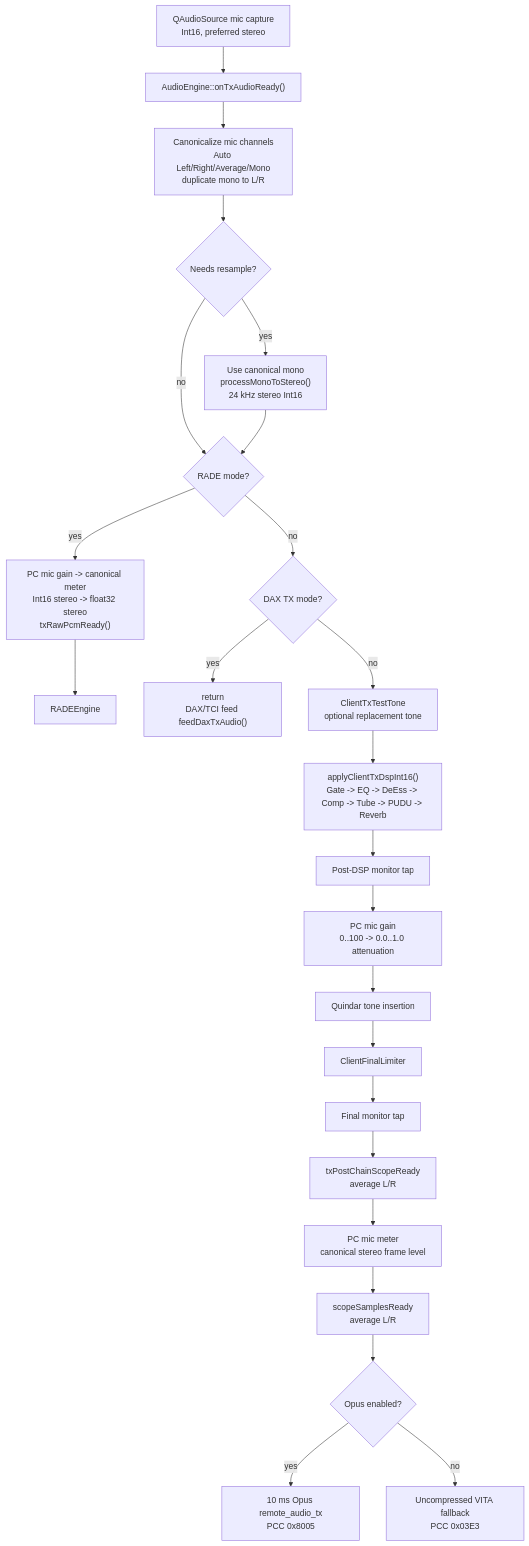
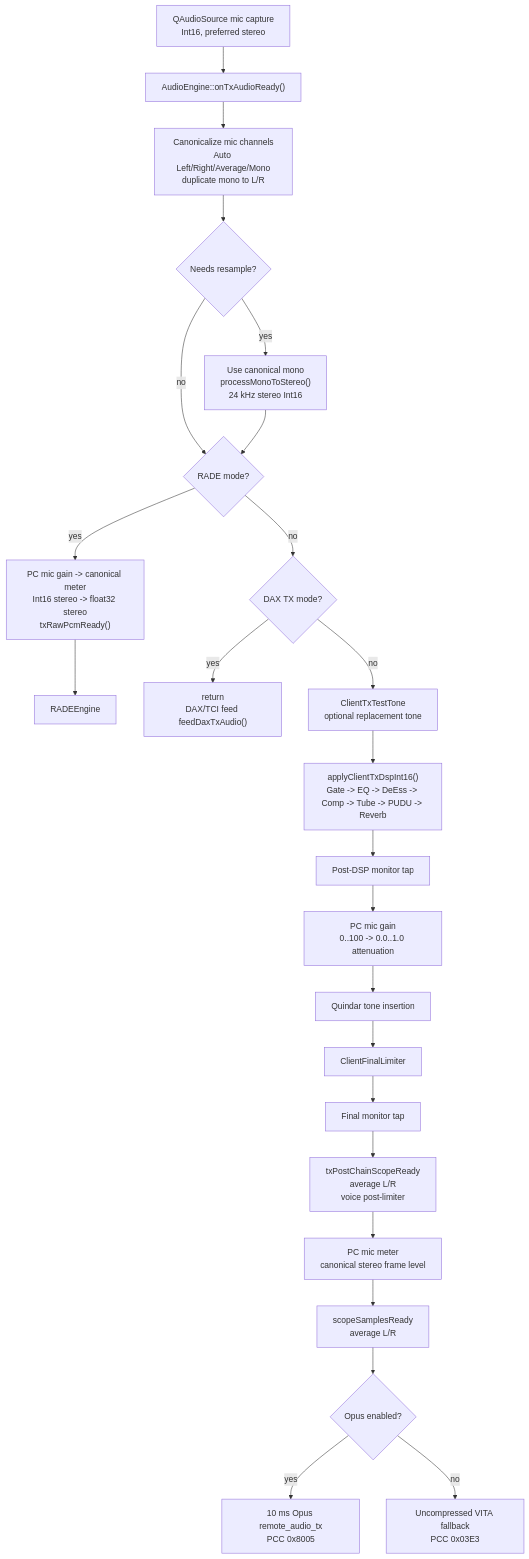
The second of 4 diagrams in docs/audio-pipeline.md (n8mus/AetherOrion), drawn with Mermaid before and after one commit. The commit also changed other lines of this file and 5 other files, not shown here.

````diff
--- a/docs/audio-pipeline.md
+++ b/docs/audio-pipeline.md
@@ -246,26 +246,26 @@
 ```mermaid
 flowchart TD
     A["QAudioSource mic capture<br/>Int16, preferred stereo"] --> B["AudioEngine::onTxAudioReady()"]
     B --> C["Canonicalize mic channels<br/>Auto Left/Right/Average/Mono<br/>duplicate mono to L/R"]
     C --> D{"Needs resample?"}
     D -->|yes| E["Use canonical mono<br/>processMonoToStereo()<br/>24 kHz stereo Int16"]
     D -->|no| H{"RADE mode?"}
     E --> H
     H -->|yes| I["PC mic gain -> canonical meter<br/>Int16 stereo -> float32 stereo<br/>txRawPcmReady()"]
     I --> J["RADEEngine"]
     H -->|no| K{"DAX TX mode?"}
     K -->|yes| L["return<br/>DAX/TCI feed feedDaxTxAudio()"]
     K -->|no| M["ClientTxTestTone<br/>optional replacement tone"]
     M --> N["applyClientTxDspInt16()<br/>Gate -> EQ -> DeEss -> Comp -> Tube -> PUDU -> Reverb"]
     N --> O["Post-DSP monitor tap"]
     O --> P["PC mic gain<br/>0..100 -> 0.0..1.0 attenuation"]
     P --> Q["Quindar tone insertion"]
     Q --> R["ClientFinalLimiter"]
     R --> S["Final monitor tap"]
-    S --> T["txPostChainScopeReady<br/>average L/R"]
+    S --> T["txPostChainScopeReady<br/>average L/R<br/>voice post-limiter"]
     T --> U["PC mic meter<br/>canonical stereo frame level"]
     U --> V["scopeSamplesReady<br/>average L/R"]
     V --> W{"Opus enabled?"}
     W -->|yes| X["10 ms Opus remote_audio_tx<br/>PCC 0x8005"]
     W -->|no| Y["Uncompressed VITA fallback<br/>PCC 0x03E3"]
 ```
````
